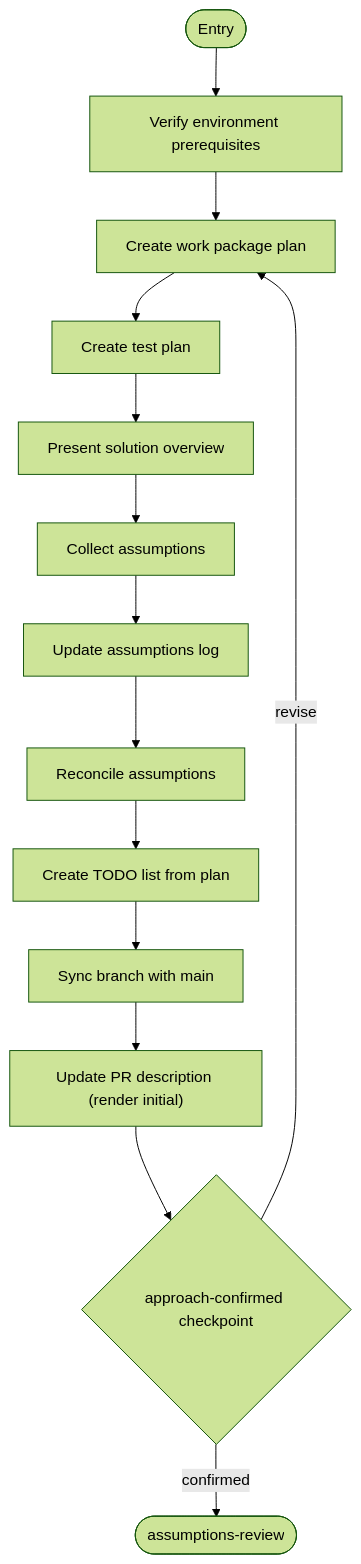
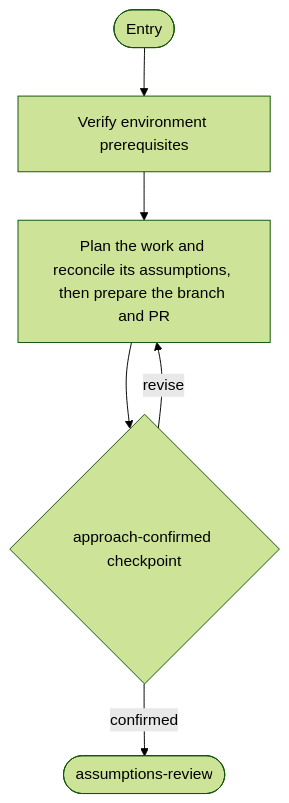
One commit to m2ux/workflow-server changed the seventh of 15 diagrams in work-package/activities/README.md. Above: the diagram before and after it, drawn with Mermaid (forest theme). The commit also changed other lines of this file, not shown here.

First line of the commit message:
docs(work-package): group each activity diagram's straight runs into one block

````diff
--- a/work-package/activities/README.md
+++ b/work-package/activities/README.md
@@ -209,16 +183,8 @@
 ```mermaid
 graph TD
     entryNode(["Entry"]) --> envPrereqs["Verify environment prerequisites"]
-    envPrereqs --> createPlan["Create work package plan"]
-    createPlan --> createTestPlan["Create test plan"]
-    createTestPlan --> solutionOverview["Present solution overview"]
-    solutionOverview --> collectAssumptions["Collect assumptions"]
-    collectAssumptions --> updateLog["Update assumptions log"]
-    updateLog --> reconcile["Reconcile assumptions"]
-    reconcile --> createTodos["Create TODO list from plan"]
-    createTodos --> syncBranch["Sync branch with main"]
-    syncBranch --> updatePR["Update PR description (render initial)"]
-    updatePR --> cpApproach{"approach-confirmed checkpoint"}
+    envPrereqs --> createPlan["Plan the work and reconcile its assumptions, then prepare the branch and PR"]
+    createPlan --> cpApproach{"approach-confirmed checkpoint"}
     cpApproach -->|"confirmed"| exitNode(["assumptions-review"])
     cpApproach -->|"revise"| createPlan
 ```
````
